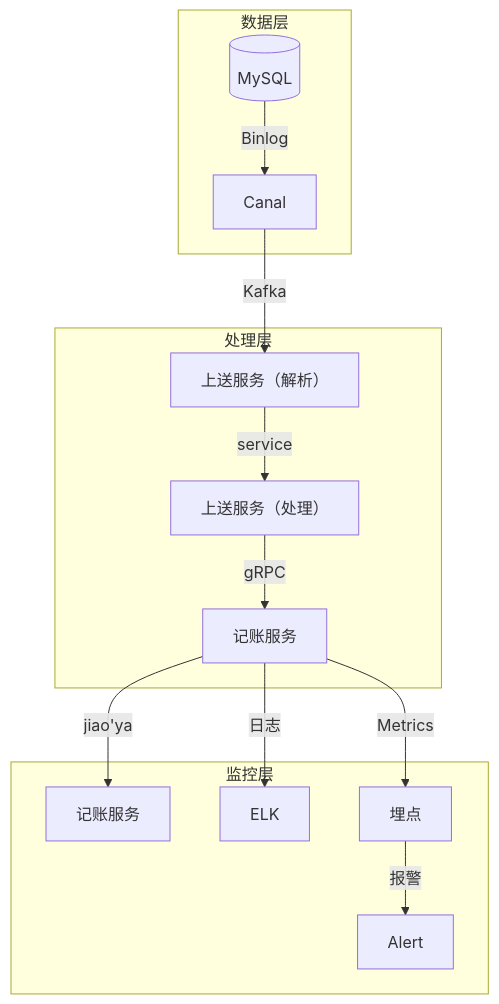
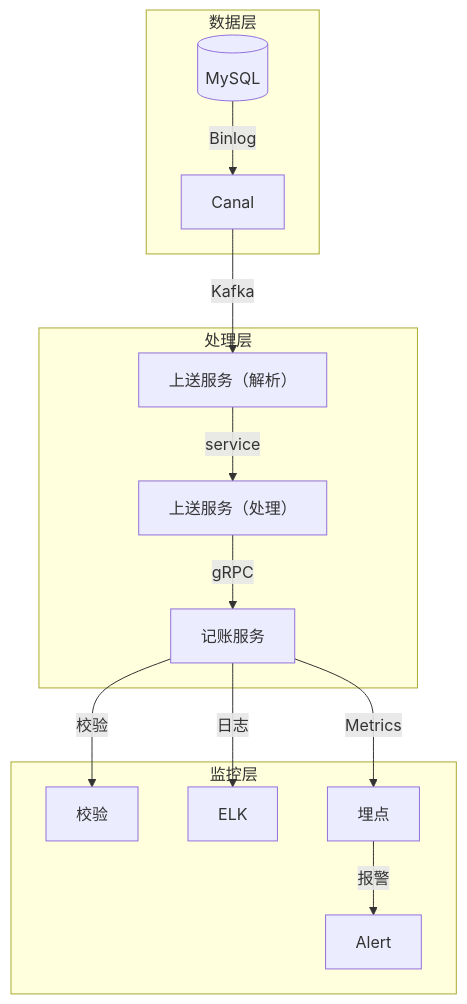
Before and after one commit to 87828943/iodraw-files: the diagram in all/未命名.md, drawn with Mermaid.

Commit message:
2025-07-01 10:45:37 update

````diff
--- a/all/未命名.md
+++ b/all/未命名.md
@@ -1,17 +1,17 @@
 ```mermaid
 graph TB
     subgraph 数据层
         DB[(MySQL)] -->|Binlog| Canal
     end
     subgraph 处理层
         Canal -->|Kafka| Parser[上送服务（解析）]
         Parser -->|service| Engine[上送服务（处理）]
         Engine -->|gRPC| Accounting[记账服务]
     end
     subgraph 监控层
-        Accounting --> |jiao'ya|jiaoyan[记账服务]
+        Accounting --> |校验|jiaoyan[校验]
         Accounting -->|日志| ELK
         Accounting -->|Metrics| 埋点
         埋点 -->|报警| Alert
     end
 ```
````
